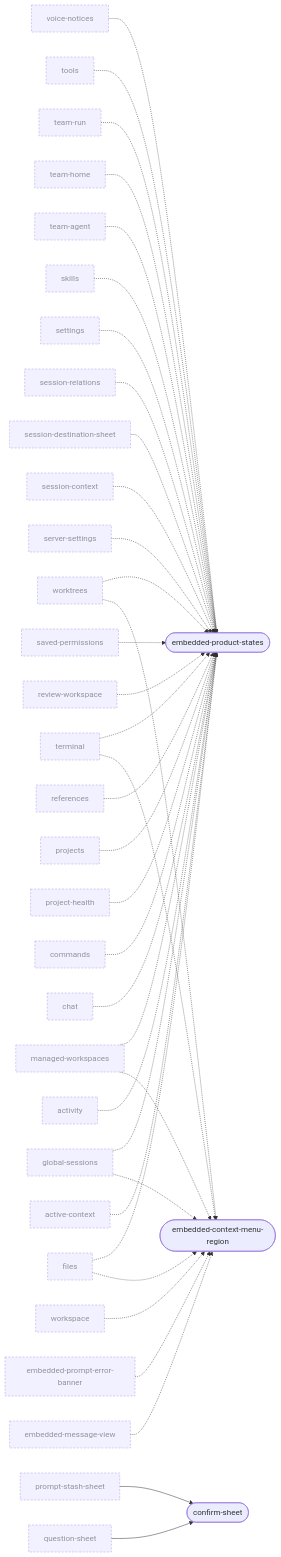
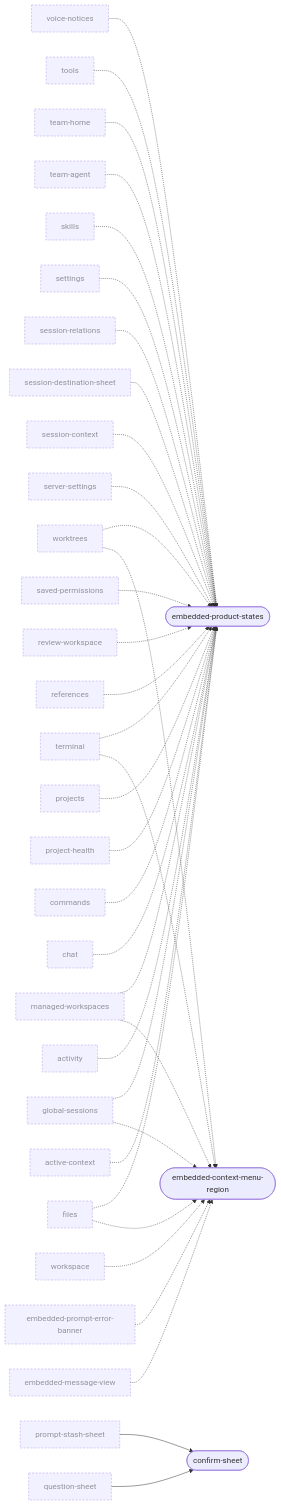
The tenth of 10 diagrams in docs/design/ui-ledger/navigation.md (Breskott/opencode-mobile-next), drawn with Mermaid before and after one commit. The commit also changed other lines of this file and 102 other files, not shown here.

First line of the commit message:
feat(team): retire RunScreen — a task is its conversation; Task details sheet; no-progress stall, said-once task, strip/composer fixes (P3.5) [skip ci]

````diff
--- a/docs/design/ui-ledger/navigation.md
+++ b/docs/design/ui-ledger/navigation.md
@@ -1328,72 +1309,70 @@
 ```mermaid
 graph LR
   active_context["active-context"]:::ext
   activity["activity"]:::ext
   chat["chat"]:::ext
   commands["commands"]:::ext
   confirm_sheet(["confirm-sheet"])
   embedded_context_menu_region(["embedded-context-menu-region"])
   embedded_message_view["embedded-message-view"]:::ext
   embedded_product_states(["embedded-product-states"])
   embedded_prompt_error_banner["embedded-prompt-error-banner"]:::ext
   files["files"]:::ext
   global_sessions["global-sessions"]:::ext
   managed_workspaces["managed-workspaces"]:::ext
   project_health["project-health"]:::ext
   projects["projects"]:::ext
   prompt_stash_sheet["prompt-stash-sheet"]:::ext
   question_sheet["question-sheet"]:::ext
   references["references"]:::ext
   review_workspace["review-workspace"]:::ext
   saved_permissions["saved-permissions"]:::ext
   server_settings["server-settings"]:::ext
   session_context["session-context"]:::ext
   session_destination_sheet["session-destination-sheet"]:::ext
   session_relations["session-relations"]:::ext
   settings["settings"]:::ext
   skills["skills"]:::ext
   team_agent["team-agent"]:::ext
   team_home["team-home"]:::ext
-  team_run["team-run"]:::ext
   terminal["terminal"]:::ext
   tools["tools"]:::ext
   voice_notices["voice-notices"]:::ext
   workspace["workspace"]:::ext
   worktrees["worktrees"]:::ext
   question_sheet --> confirm_sheet
   prompt_stash_sheet --> confirm_sheet
   embedded_message_view -.-> embedded_context_menu_region
   embedded_prompt_error_banner -.-> embedded_context_menu_region
   files -.-> embedded_context_menu_region
   global_sessions -.-> embedded_context_menu_region
   managed_workspaces -.-> embedded_context_menu_region
   terminal -.-> embedded_context_menu_region
   workspace -.-> embedded_context_menu_region
   worktrees -.-> embedded_context_menu_region
   active_context -.-> embedded_product_states
   activity -.-> embedded_product_states
   chat -.-> embedded_product_states
   commands -.-> embedded_product_states
   files -.-> embedded_product_states
   global_sessions -.-> embedded_product_states
   managed_workspaces -.-> embedded_product_states
   project_health -.-> embedded_product_states
   projects -.-> embedded_product_states
   references -.-> embedded_product_states
   review_workspace -.-> embedded_product_states
   saved_permissions -.-> embedded_product_states
   server_settings -.-> embedded_product_states
   session_context -.-> embedded_product_states
   session_destination_sheet -.-> embedded_product_states
   session_relations -.-> embedded_product_states
   settings -.-> embedded_product_states
   skills -.-> embedded_product_states
   team_agent -.-> embedded_product_states
   team_home -.-> embedded_product_states
-  team_run -.-> embedded_product_states
   terminal -.-> embedded_product_states
   tools -.-> embedded_product_states
   voice_notices -.-> embedded_product_states
   worktrees -.-> embedded_product_states
   classDef ext stroke-dasharray: 4 3,opacity:0.7
 ```
````
